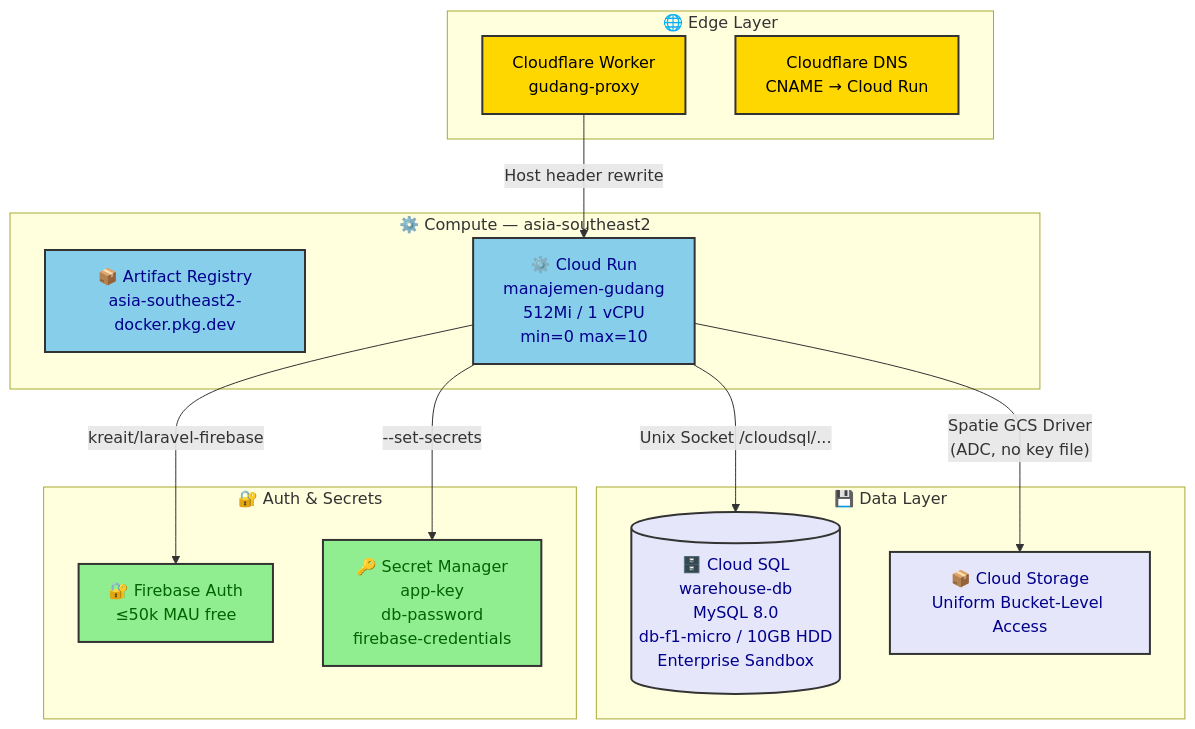
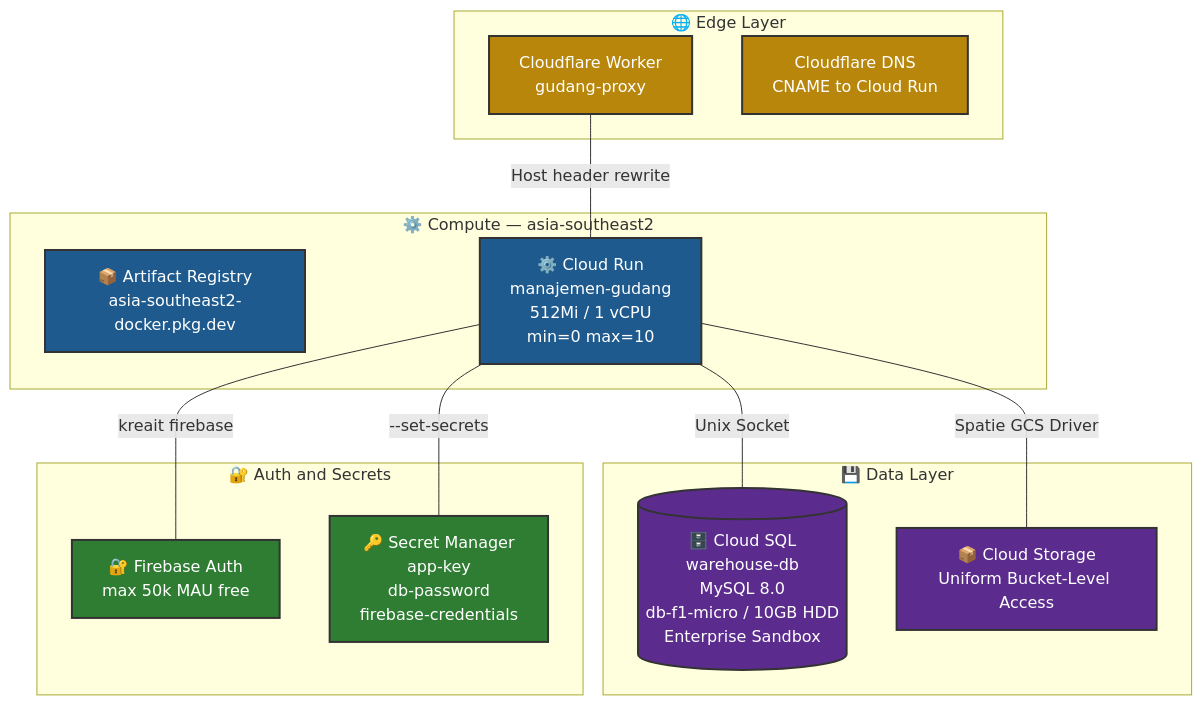
Before and after one commit to titorpw/Manajemen-Gudang-Cloud: the second of 3 diagrams in docs/cloud-infrastructure.md, drawn with Mermaid. The commit also changed other lines of this file and 1 other file, not shown here.

Commit message:
fix: mermaid docs

````diff
--- a/docs/cloud-infrastructure.md
+++ b/docs/cloud-infrastructure.md
@@ -34,38 +34,38 @@
 ```mermaid
 flowchart TB
     subgraph Edge["🌐 Edge Layer"]
         CFWorker[Cloudflare Worker<br/>gudang-proxy]
-        CFDNS[Cloudflare DNS<br/>CNAME → Cloud Run]
+        CFDNS[Cloudflare DNS<br/>CNAME to Cloud Run]
     end
 
     subgraph Compute["⚙️ Compute — asia-southeast2"]
         AR[📦 Artifact Registry<br/>asia-southeast2-docker.pkg.dev]
         CR[⚙️ Cloud Run<br/>manajemen-gudang<br/>512Mi / 1 vCPU<br/>min=0 max=10]
     end
 
     subgraph Data["💾 Data Layer"]
         SQL[(🗄️ Cloud SQL<br/>warehouse-db<br/>MySQL 8.0<br/>db-f1-micro / 10GB HDD<br/>Enterprise Sandbox)]
         GCS[📦 Cloud Storage<br/>Uniform Bucket-Level Access]
     end
 
-    subgraph Auth["🔐 Auth & Secrets"]
-        FAuth[🔐 Firebase Auth<br/>≤50k MAU free]
+    subgraph Auth["🔐 Auth and Secrets"]
+        FAuth[🔐 Firebase Auth<br/>max 50k MAU free]
         SM[🔑 Secret Manager<br/>app-key<br/>db-password<br/>firebase-credentials]
     end
 
-    CFWorker -->|"Host header rewrite"| CR
-    CR -->|"Unix Socket /cloudsql/..."| SQL
-    CR -->|"Spatie GCS Driver<br/>(ADC, no key file)"| GCS
-    CR -->|"kreait/laravel-firebase"| FAuth
-    CR -->|"--set-secrets"| SM
+    CFWorker ---|Host header rewrite| CR
+    CR ---|Unix Socket| SQL
+    CR ---|Spatie GCS Driver| GCS
+    CR ---|kreait firebase| FAuth
+    CR ---|--set-secrets| SM
 
-    classDef edge fill:#FFD700,stroke:#333,stroke-width:2px,color:black
-    classDef compute fill:#87CEEB,stroke:#333,stroke-width:2px,color:darkblue
-    classDef storage fill:#E6E6FA,stroke:#333,stroke-width:2px,color:darkblue
-    classDef security fill:#90EE90,stroke:#333,stroke-width:2px,color:darkgreen
+    classDef edge fill:#B8860B,stroke:#333,stroke-width:2px,color:white
+    classDef compute fill:#1E5A8E,stroke:#333,stroke-width:2px,color:white
+    classDef storage fill:#5B2C8E,stroke:#333,stroke-width:2px,color:white
+    classDef security fill:#2E7D32,stroke:#333,stroke-width:2px,color:white
 
     class CFWorker,CFDNS edge
     class AR,CR compute
     class SQL,GCS storage
     class FAuth,SM security
 ```
````
